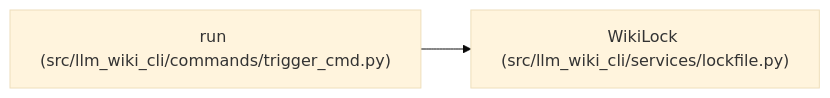
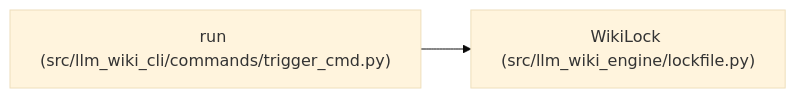
Before and after one commit to Denissvgn/python-wiki-llm: the diagram in docs/llm_wiki/entities/WikiLock.md, drawn with Mermaid (base theme). The commit also changed other lines of this file and 1103 other files, not shown here.

First line of the commit message:
docs: refresh the wiki for the llm-wiki-engine distribution

````diff
--- a/docs/llm_wiki/entities/WikiLock.md
+++ b/docs/llm_wiki/entities/WikiLock.md
@@ -33,8 +33,8 @@
 ```mermaid
 flowchart LR
-    n0["WikiLock (src/llm_wiki_cli/services/lockfile.py)"]
+    n0["WikiLock (src/llm_wiki_engine/lockfile.py)"]
     n1["run (src/llm_wiki_cli/commands/trigger_cmd.py)"]
     n1 --> n0
     click n0 "../modules/lockfile.md"
     click n1 "../modules/trigger_cmd.md"
 ```
````
